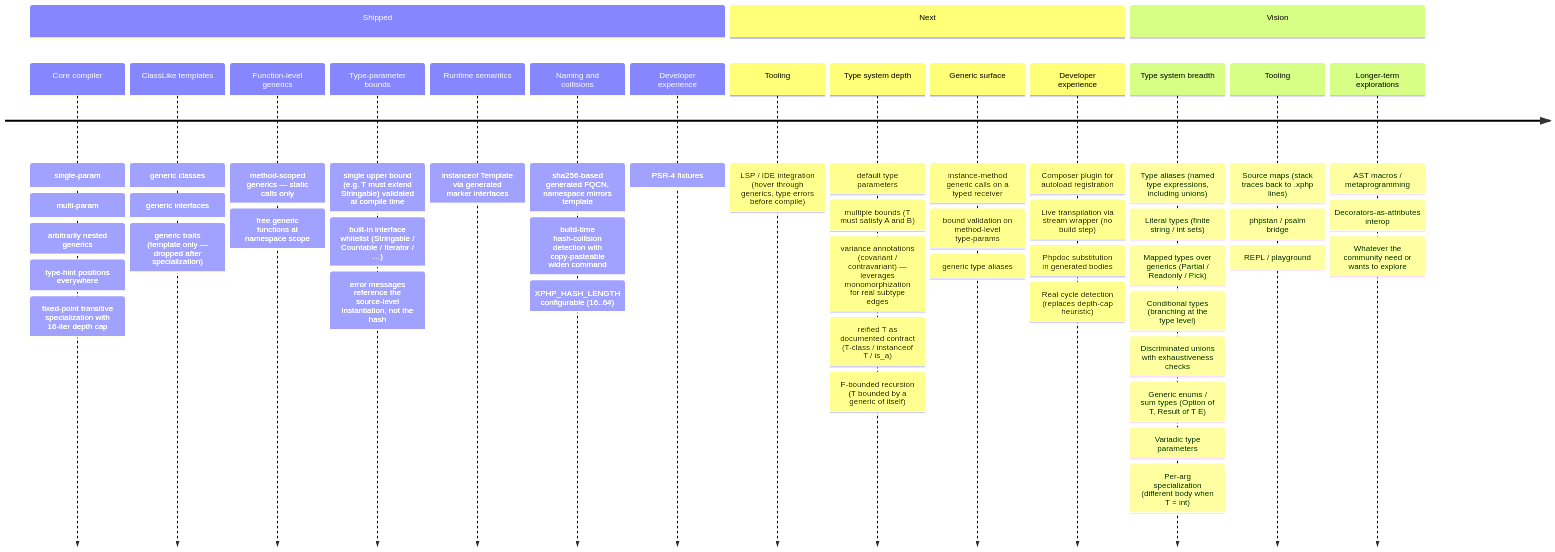
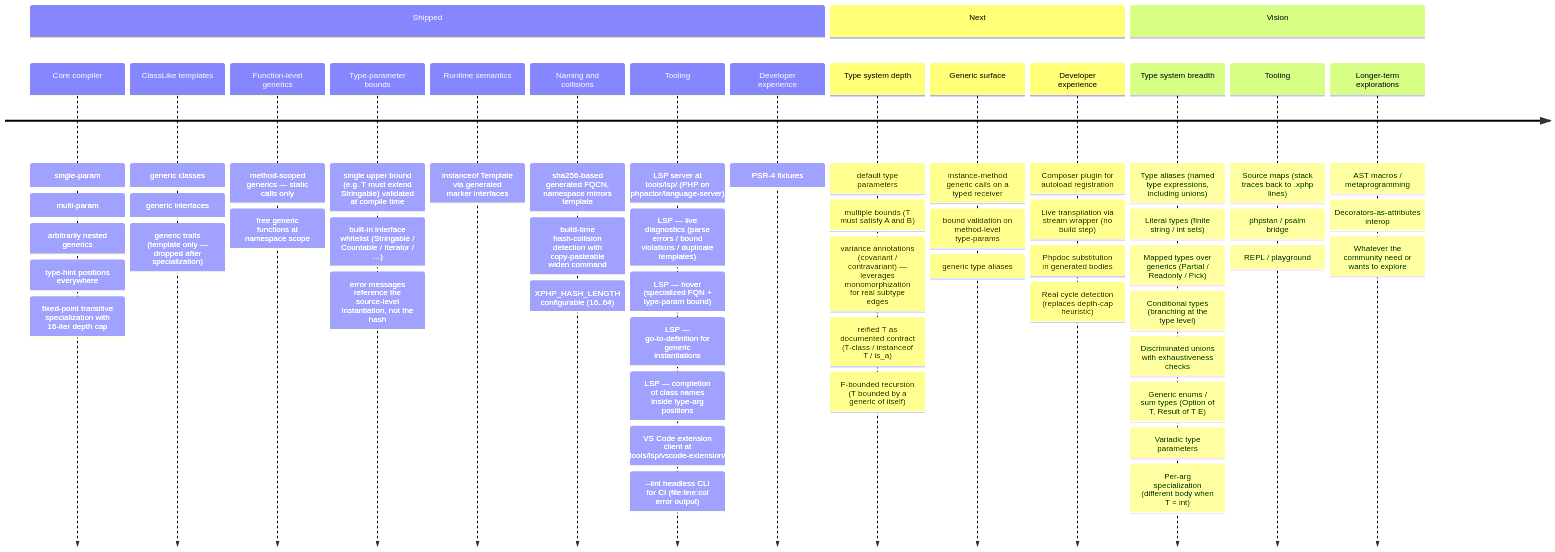
Before and after one commit to xphp-lang/xphp: the diagram in docs/roadmap.md, drawn with Mermaid.

Commit message:
docs: promote LSP MVP to Shipped on the roadmap
Moves "LSP / IDE integration" from Next to Shipped now that the
feat/lsp branch carries all four MVP features (diagnostics, hover,
go-to-definition, completion) plus the VS Code extension client.

The Shipped section gains a new Tooling block listing what's actually
in place at tools/lsp/:

  - LSP server at tools/lsp/ (PHP on phpactor/language-server)
  - Live diagnostics: parse errors, bound violations, duplicate templates
  - Hover: specialized FQN + type-param bound
  - Go-to-definition for generic instantiations
  - Completion of class names inside type-arg positions
  - VS Code extension client at tools/lsp/vscode-extension/
  - --lint headless CLI for CI

The Next section's Tooling sub-block is gone (the only entry there was
the LSP item, which just shipped). Type system depth + Generic surface
+ Developer experience subsections under Next stay as-is.

Internal agent-os/product/roadmap.md gets the matching prose update
(gitignored, not in this commit). The LSP spec at
agent-os/specs/2026-05-21-0700-lsp-server/ moves to
agent-os/specs/shipped/ in lockstep with the two earlier shipped
specs, also gitignored.

````diff
--- a/docs/roadmap.md
+++ b/docs/roadmap.md
@@ -6,65 +6,71 @@
 ```mermaid
 timeline
     section Shipped
         Core compiler
                 : single-param
                 : multi-param
                 : arbitrarily nested generics
                 : type-hint positions everywhere
                 : fixed-point transitive specialization with 16-iter depth cap
         ClassLike templates
                 : generic classes
                 : generic interfaces
                 : generic traits (template only — dropped after specialization)
         Function-level generics
                 : method-scoped generics — static calls only
                 : free generic functions at namespace scope
         Type-parameter bounds
                 : single upper bound (e.g. T must extend Stringable) validated at compile time
                 : built-in interface whitelist (Stringable / Countable / Iterator / …)
                 : error messages reference the source-level instantiation, not the hash
         Runtime semantics
                 : instanceof Template via generated marker interfaces
         Naming and collisions
                 : sha256-based generated FQCN, namespace mirrors template
                 : build-time hash-collision detection with copy-pasteable widen command
                 : XPHP_HASH_LENGTH configurable (16..64)
+        Tooling
+                : LSP server at tools/lsp/ (PHP on phpactor/language-server)
+                : LSP — live diagnostics (parse errors / bound violations / duplicate templates)
+                : LSP — hover (specialized FQN + type-param bound)
+                : LSP — go-to-definition for generic instantiations
+                : LSP — completion of class names inside type-arg positions
+                : VS Code extension client at tools/lsp/vscode-extension/
+                : --lint headless CLI for CI (file:line:col error output)
         Developer experience
                 : PSR-4 fixtures
     section Next
-        Tooling
-                : LSP / IDE integration (hover through generics, type errors before compile)
         Type system depth
                 : default type parameters
                 : multiple bounds (T must satisfy A and B)
                 : variance annotations (covariant / contravariant) — leverages monomorphization for real subtype edges
                 : reified T as documented contract (T-class / instanceof T / is_a)
                 : F-bounded recursion (T bounded by a generic of itself)
         Generic surface
                 : instance-method generic calls on a typed receiver
                 : bound validation on method-level type-params
                 : generic type aliases
         Developer experience
                 : Composer plugin for autoload registration
                 : Live transpilation via stream wrapper (no build step)
                 : Phpdoc substitution in generated bodies
                 : Real cycle detection (replaces depth-cap heuristic)
     section Vision
         Type system breadth
                 : Type aliases (named type expressions, including unions)
                 : Literal types (finite string / int sets)
                 : Mapped types over generics (Partial / Readonly / Pick)
                 : Conditional types (branching at the type level)
                 : Discriminated unions with exhaustiveness checks
                 : Generic enums / sum types (Option of T, Result of T E)
                 : Variadic type parameters
                 : Per-arg specialization (different body when T = int)
         Tooling
                 : Source maps (stack traces back to .xphp lines)
                 : phpstan / psalm bridge
                 : REPL / playground
         Longer-term explorations
                 : AST macros / metaprogramming
                 : Decorators-as-attributes interop
                 : Whatever the community need or wants to explore
 ```
````
